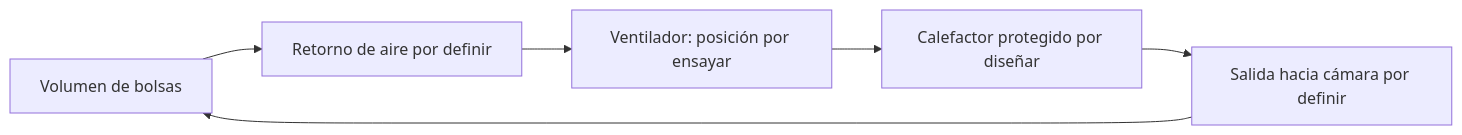
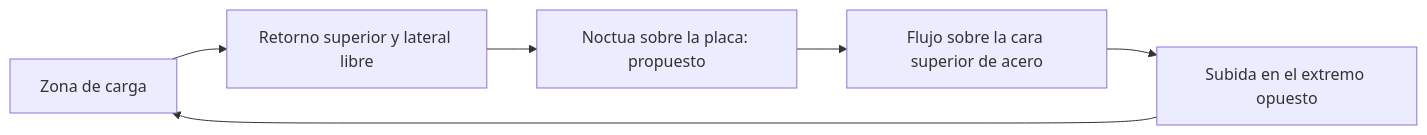
Before and after one commit to setasdlp-code/Setas-de-la-Pena: the diagram in knowledge_base/09_research/guia_prototipo_incubadora_placas_borrador.md, drawn with Mermaid. The commit also changed other lines of this file, not shown here.

````diff
--- a/knowledge_base/09_research/guia_prototipo_incubadora_placas_borrador.md
+++ b/knowledge_base/09_research/guia_prototipo_incubadora_placas_borrador.md
@@ -60,8 +74,8 @@
 ```mermaid
 flowchart LR
-    B[Volumen de bolsas] --> R[Retorno de aire por definir]
-    R --> F[Ventilador: posición por ensayar]
-    F --> H[Calefactor protegido por diseñar]
-    H --> S[Salida hacia cámara por definir]
+    B[Zona de carga] --> R[Retorno superior y lateral libre]
+    R --> F[Noctua sobre la placa: propuesto]
+    F --> H[Flujo sobre la cara superior de acero]
+    H --> S[Subida en el extremo opuesto]
     S --> B
 ```
````
